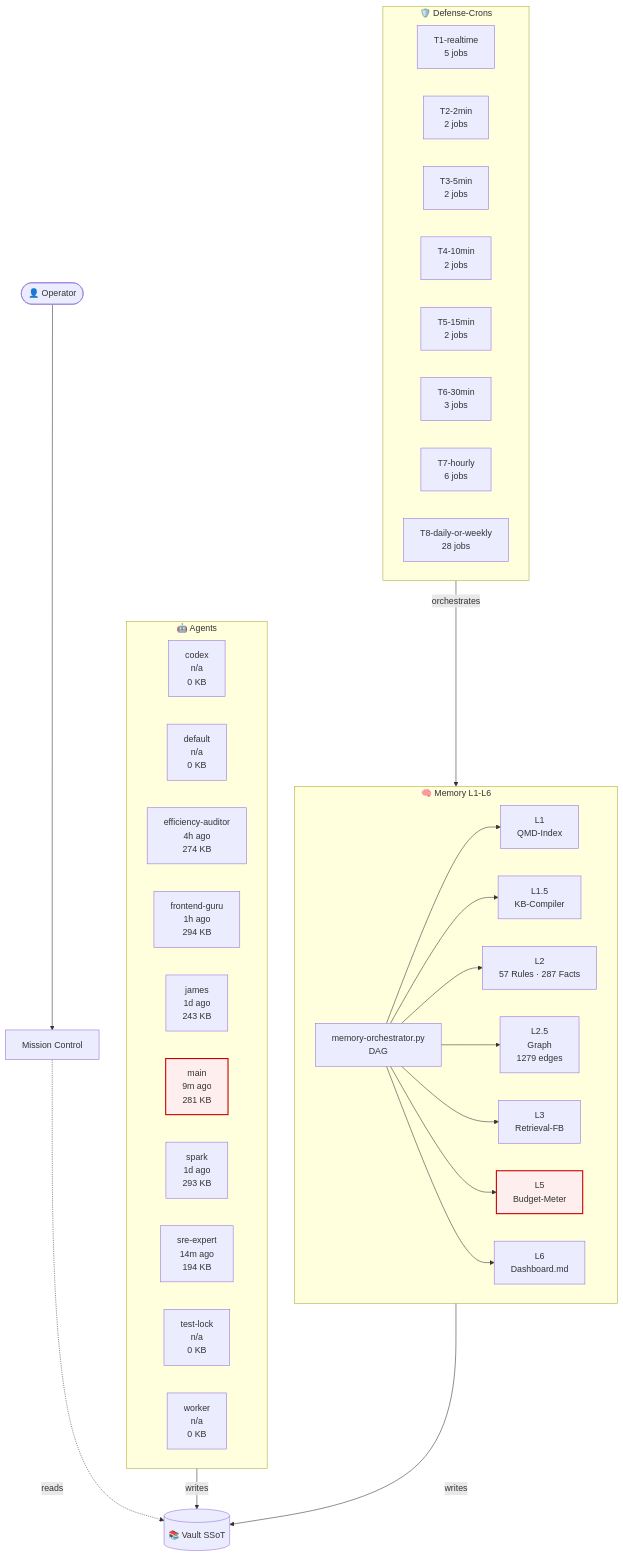
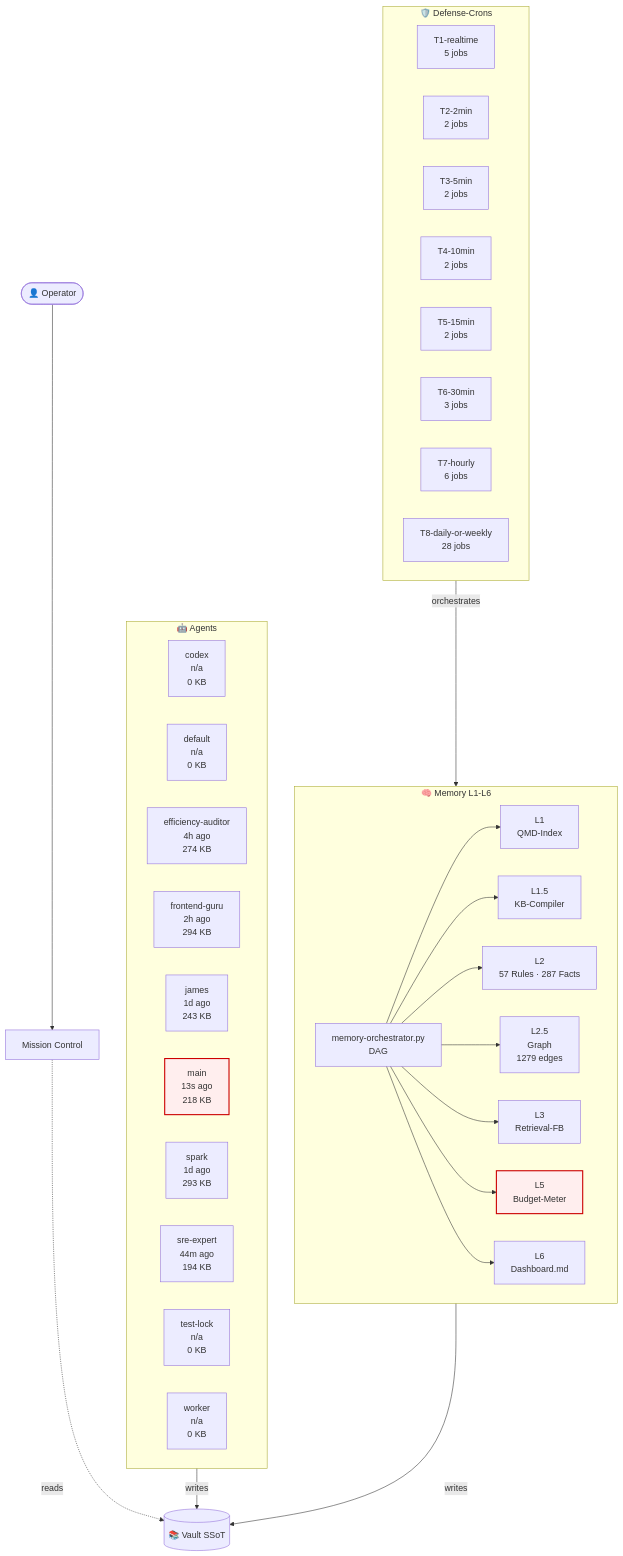
The diagram in 03-Agents/architecture-live.md (lenardhuebner88-rgb/openclaw-memory), drawn with Mermaid before and after one commit. The commit also changed other lines of this file and 15 other files, not shown here.

````diff
--- a/03-Agents/architecture-live.md
+++ b/03-Agents/architecture-live.md
@@ -18,53 +18,53 @@
 ```mermaid
 flowchart TB
     classDef critical fill:#fee,stroke:#c00,stroke-width:2px;
     subgraph AGT["🤖 Agents"]
         agent_codex["codex<br/>n/a<br/>0 KB"]
         agent_default["default<br/>n/a<br/>0 KB"]
         agent_efficiency_auditor["efficiency-auditor<br/>4h ago<br/>274 KB"]
-        agent_frontend_guru["frontend-guru<br/>1h ago<br/>294 KB"]
+        agent_frontend_guru["frontend-guru<br/>2h ago<br/>294 KB"]
         agent_james["james<br/>1d ago<br/>243 KB"]
-        agent_main["main<br/>9m ago<br/>281 KB"]
+        agent_main["main<br/>13s ago<br/>218 KB"]
         agent_spark["spark<br/>1d ago<br/>293 KB"]
-        agent_sre_expert["sre-expert<br/>14m ago<br/>194 KB"]
+        agent_sre_expert["sre-expert<br/>44m ago<br/>194 KB"]
         agent_test_lock["test-lock<br/>n/a<br/>0 KB"]
         agent_worker["worker<br/>n/a<br/>0 KB"]
     end
     subgraph MEM["🧠 Memory L1-L6"]
         L1["L1<br/>QMD-Index"]
         L15["L1.5<br/>KB-Compiler"]
         L2["L2<br/>57 Rules · 287 Facts"]
         L25["L2.5<br/>Graph<br/>1279 edges"]
         L3["L3<br/>Retrieval-FB"]
         L5["L5<br/>Budget-Meter"]
         L6["L6<br/>Dashboard.md"]
         ORCH["memory-orchestrator.py<br/>DAG"]
     end
     subgraph CRN["🛡️ Defense-Crons"]
         tier_T1_realtime["T1-realtime<br/>5 jobs"]
         tier_T2_2min["T2-2min<br/>2 jobs"]
         tier_T3_5min["T3-5min<br/>2 jobs"]
         tier_T4_10min["T4-10min<br/>2 jobs"]
         tier_T5_15min["T5-15min<br/>2 jobs"]
         tier_T6_30min["T6-30min<br/>3 jobs"]
         tier_T7_hourly["T7-hourly<br/>6 jobs"]
         tier_T8_daily_or_weekly["T8-daily-or-weekly<br/>28 jobs"]
     end
     VAULT[("📚 Vault SSoT")]
     OP([👤 Operator])
     MC["Mission Control"]
     OP --> MC
     MC -.reads.-> VAULT
     AGT -->|writes| VAULT
     MEM -->|writes| VAULT
     ORCH --> L1
     ORCH --> L15
     ORCH --> L2
     ORCH --> L25
     ORCH --> L3
     ORCH --> L5
     ORCH --> L6
     CRN -->|orchestrates| MEM
     class L5 critical
     class agent_main critical
 ```
````
